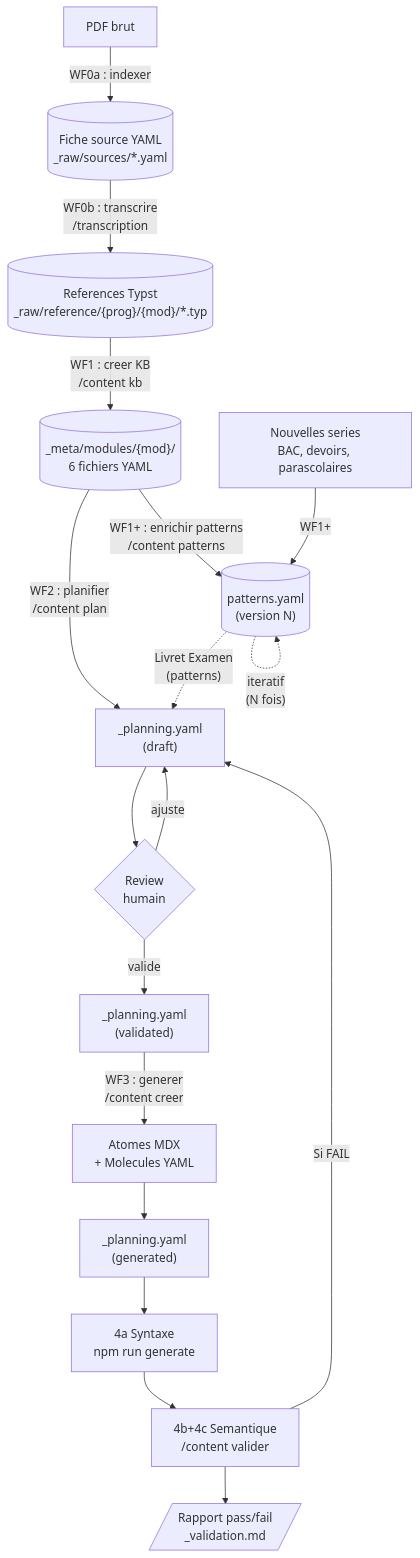
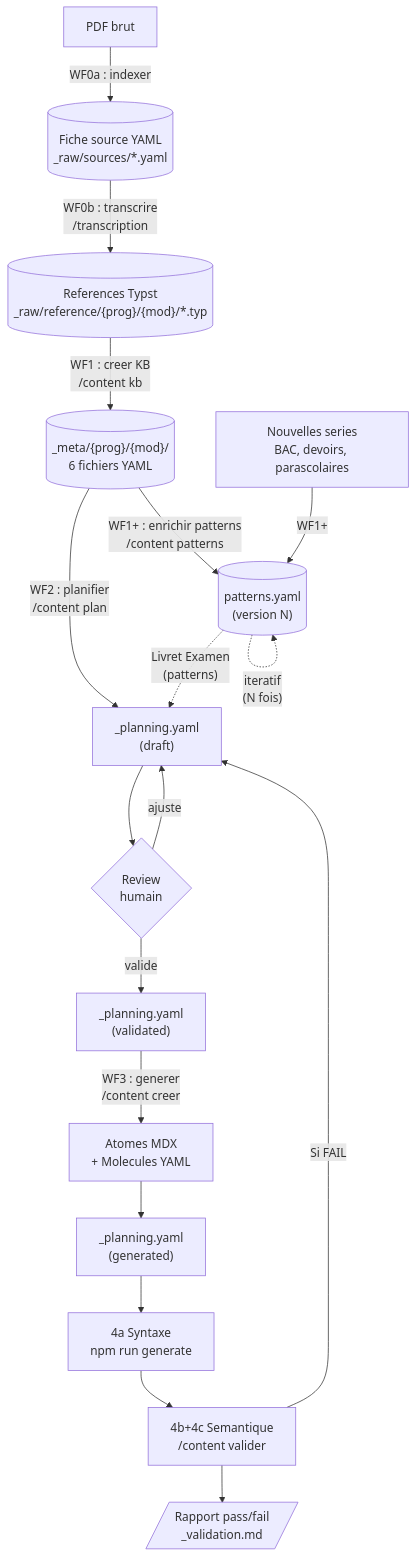
Before and after one commit to bilalYezzaGit/learning-web: the first of 8 diagrams in docs/content-agentic-workflow.md, drawn with Mermaid. The commit also changed other lines of this file and 36 other files, not shown here.

````diff
--- a/docs/content-agentic-workflow.md
+++ b/docs/content-agentic-workflow.md
@@ -91,20 +92,20 @@
 ```mermaid
 flowchart TD
     PDF["PDF brut"] -->|"WF0a : indexer"| Fiche[("Fiche source YAML\n_raw/sources/*.yaml")]
     Fiche -->|"WF0b : transcrire\n/transcription"| Typst[("References Typst\n_raw/reference/{prog}/{mod}/*.typ")]
-    Typst -->|"WF1 : creer KB\n/content kb"| Meta[("_meta/modules/{mod}/\n6 fichiers YAML")]
+    Typst -->|"WF1 : creer KB\n/content kb"| Meta[("_meta/{prog}/{mod}/\n6 fichiers YAML")]
     Meta -->|"WF1+ : enrichir patterns\n/content patterns"| Patterns[("patterns.yaml\n(version N)")]
     Series["Nouvelles series\nBAC, devoirs, parascolaires"] -->|"WF1+"| Patterns
     Patterns -.->|"iteratif\n(N fois)"| Patterns
     Meta -->|"WF2 : planifier\n/content plan"| Plan["_planning.yaml\n(draft)"]
     Patterns -.->|"Livret Examen\n(patterns)"| Plan
     Plan --> Review{"Review\nhumain"}
     Review -->|"ajuste"| Plan
     Review -->|"valide"| PlanV["_planning.yaml\n(validated)"]
     PlanV -->|"WF3 : generer\n/content creer"| Contenu["Atomes MDX\n+ Molecules YAML"]
     Contenu --> PlanG["_planning.yaml\n(generated)"]
     PlanG --> V4a["4a Syntaxe\nnpm run generate"]
     V4a --> V4bc["4b+4c Semantique\n/content valider"]
     V4bc --> Rapport[/"Rapport pass/fail\n_validation.md"/]
     V4bc -->|"Si FAIL"| Plan
 ```
````
